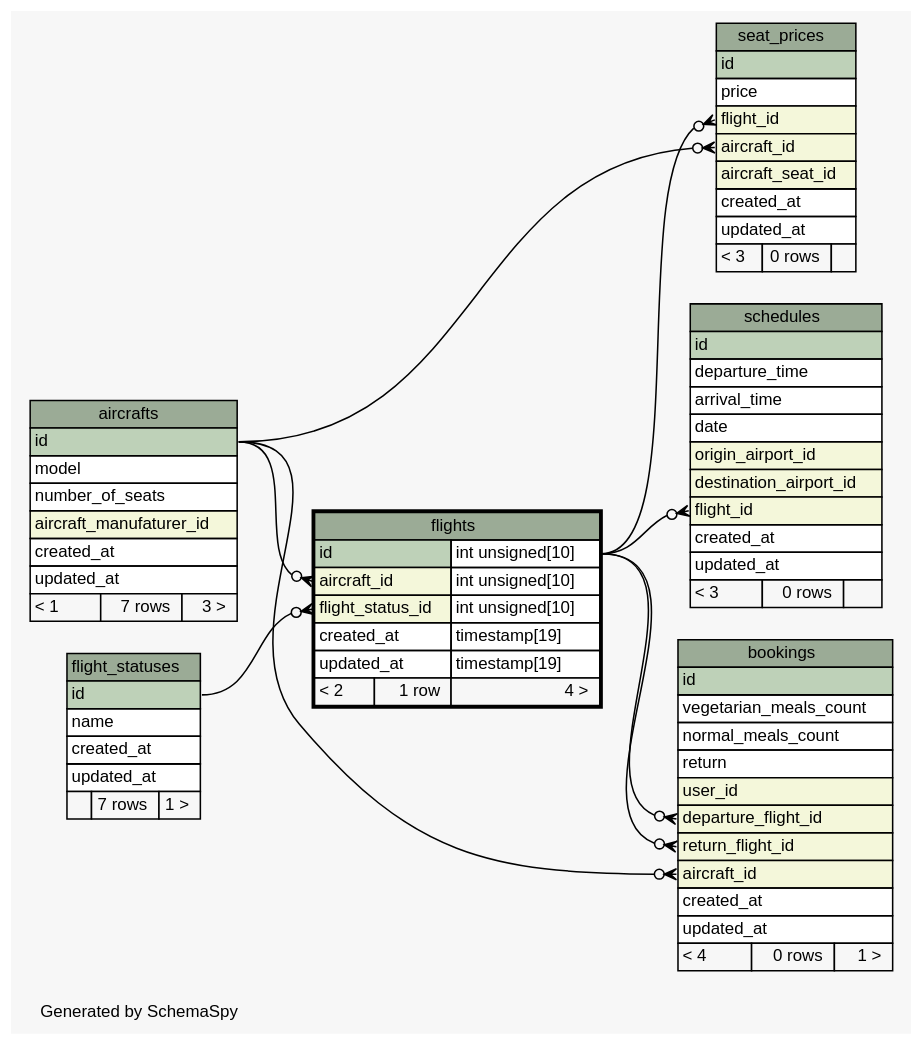
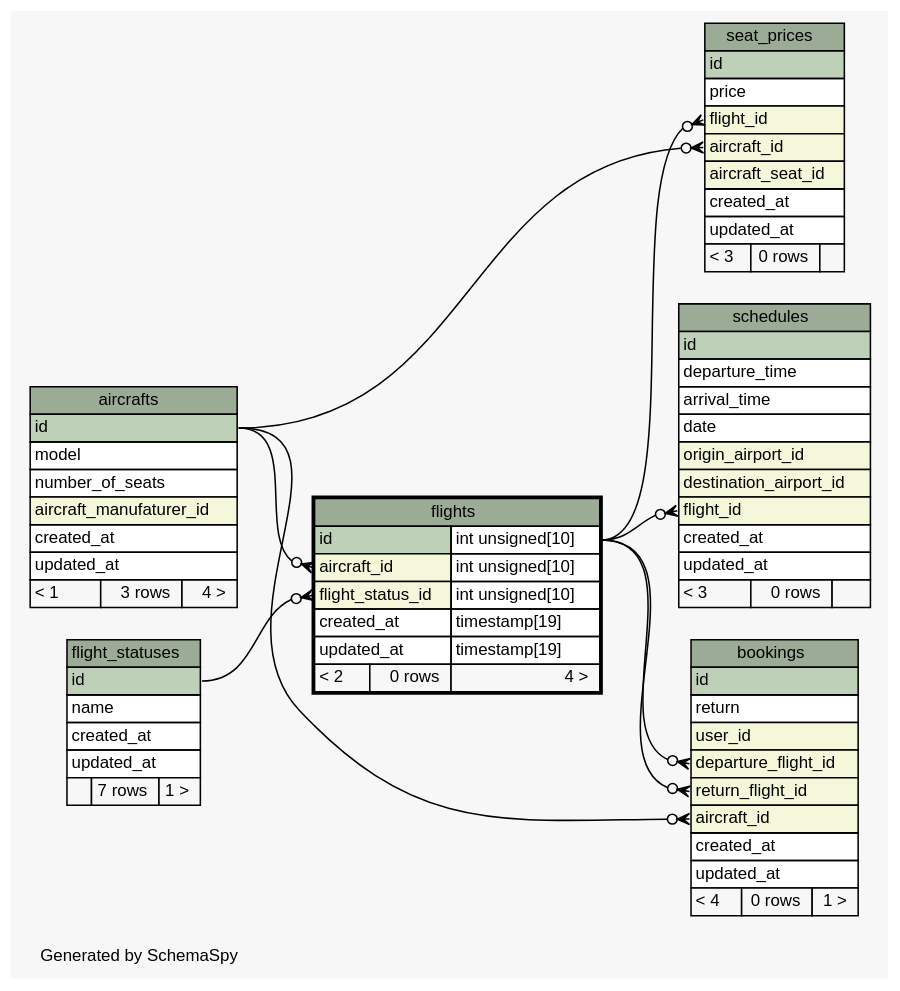
Before and after one commit to joaonzangoII/flightbookingsystem: the diagram in web/app/database/schema/diagrams/flights.1degree.dot, drawn with Graphviz. The commit also changed 149 other files, not shown here.

```diff
--- a/web/app/database/schema/diagrams/flights.1degree.dot
+++ b/web/app/database/schema/diagrams/flights.1degree.dot
@@ -1,125 +1,123 @@
 // dot 2.38.0 on Linux 4.8.0-46-generic
 // SchemaSpy rev 590
 digraph "oneDegreeRelationshipsDiagram" {
   graph [
     rankdir="RL"
     bgcolor="#f7f7f7"
     label="\nGenerated by SchemaSpy"
     labeljust="l"
     nodesep="0.18"
     ranksep="0.46"
     fontname="Helvetica"
     fontsize="11"
   ];
   node [
     fontname="Helvetica"
     fontsize="11"
     shape="plaintext"
   ];
   edge [
     arrowsize="0.8"
   ];
   "bookings":"aircraft_id":w -> "aircrafts":"id":e [arrowhead=none dir=back arrowtail=crowodot];
   "bookings":"departure_flight_id":w -> "flights":"id.type":e [arrowhead=none dir=back arrowtail=crowodot];
   "bookings":"return_flight_id":w -> "flights":"id.type":e [arrowhead=none dir=back arrowtail=crowodot];
   "flights":"aircraft_id":w -> "aircrafts":"id":e [arrowhead=none dir=back arrowtail=crowodot];
   "flights":"flight_status_id":w -> "flight_statuses":"id":e [arrowhead=none dir=back arrowtail=crowodot];
   "schedules":"flight_id":w -> "flights":"id.type":e [arrowhead=none dir=back arrowtail=crowodot];
   "seat_prices":"aircraft_id":w -> "aircrafts":"id":e [arrowhead=none dir=back arrowtail=crowodot];
   "seat_prices":"flight_id":w -> "flights":"id.type":e [arrowhead=none dir=back arrowtail=crowodot];
   "aircrafts" [
     label=<
     <TABLE BORDER="0" CELLBORDER="1" CELLSPACING="0" BGCOLOR="#ffffff">
       <TR><TD COLSPAN="3" BGCOLOR="#9bab96" ALIGN="CENTER">aircrafts</TD></TR>
       <TR><TD PORT="id" COLSPAN="3" BGCOLOR="#bed1b8" ALIGN="LEFT">id</TD></TR>
       <TR><TD PORT="model" COLSPAN="3" ALIGN="LEFT">model</TD></TR>
       <TR><TD PORT="number_of_seats" COLSPAN="3" ALIGN="LEFT">number_of_seats</TD></TR>
       <TR><TD PORT="aircraft_manufaturer_id" COLSPAN="3" BGCOLOR="#f4f7da" ALIGN="LEFT">aircraft_manufaturer_id</TD></TR>
       <TR><TD PORT="created_at" COLSPAN="3" ALIGN="LEFT">created_at</TD></TR>
       <TR><TD PORT="updated_at" COLSPAN="3" ALIGN="LEFT">updated_at</TD></TR>
-      <TR><TD ALIGN="LEFT" BGCOLOR="#f7f7f7">&lt; 1</TD><TD ALIGN="RIGHT" BGCOLOR="#f7f7f7">7 rows</TD><TD ALIGN="RIGHT" BGCOLOR="#f7f7f7">3 &gt;</TD></TR>
+      <TR><TD ALIGN="LEFT" BGCOLOR="#f7f7f7">&lt; 1</TD><TD ALIGN="RIGHT" BGCOLOR="#f7f7f7">3 rows</TD><TD ALIGN="RIGHT" BGCOLOR="#f7f7f7">4 &gt;</TD></TR>
     </TABLE>>
     URL="aircrafts.html"
     tooltip="aircrafts"
   ];
   "bookings" [
     label=<
     <TABLE BORDER="0" CELLBORDER="1" CELLSPACING="0" BGCOLOR="#ffffff">
       <TR><TD COLSPAN="3" BGCOLOR="#9bab96" ALIGN="CENTER">bookings</TD></TR>
       <TR><TD PORT="id" COLSPAN="3" BGCOLOR="#bed1b8" ALIGN="LEFT">id</TD></TR>
-      <TR><TD PORT="vegetarian_meals_count" COLSPAN="3" ALIGN="LEFT">vegetarian_meals_count</TD></TR>
-      <TR><TD PORT="normal_meals_count" COLSPAN="3" ALIGN="LEFT">normal_meals_count</TD></TR>
       <TR><TD PORT="return" COLSPAN="3" ALIGN="LEFT">return</TD></TR>
       <TR><TD PORT="user_id" COLSPAN="3" BGCOLOR="#f4f7da" ALIGN="LEFT">user_id</TD></TR>
       <TR><TD PORT="departure_flight_id" COLSPAN="3" BGCOLOR="#f4f7da" ALIGN="LEFT">departure_flight_id</TD></TR>
       <TR><TD PORT="return_flight_id" COLSPAN="3" BGCOLOR="#f4f7da" ALIGN="LEFT">return_flight_id</TD></TR>
       <TR><TD PORT="aircraft_id" COLSPAN="3" BGCOLOR="#f4f7da" ALIGN="LEFT">aircraft_id</TD></TR>
       <TR><TD PORT="created_at" COLSPAN="3" ALIGN="LEFT">created_at</TD></TR>
       <TR><TD PORT="updated_at" COLSPAN="3" ALIGN="LEFT">updated_at</TD></TR>
       <TR><TD ALIGN="LEFT" BGCOLOR="#f7f7f7">&lt; 4</TD><TD ALIGN="RIGHT" BGCOLOR="#f7f7f7">0 rows</TD><TD ALIGN="RIGHT" BGCOLOR="#f7f7f7">1 &gt;</TD></TR>
     </TABLE>>
     URL="bookings.html"
     tooltip="bookings"
   ];
   "flight_statuses" [
     label=<
     <TABLE BORDER="0" CELLBORDER="1" CELLSPACING="0" BGCOLOR="#ffffff">
       <TR><TD COLSPAN="3" BGCOLOR="#9bab96" ALIGN="CENTER">flight_statuses</TD></TR>
       <TR><TD PORT="id" COLSPAN="3" BGCOLOR="#bed1b8" ALIGN="LEFT">id</TD></TR>
       <TR><TD PORT="name" COLSPAN="3" ALIGN="LEFT">name</TD></TR>
       <TR><TD PORT="created_at" COLSPAN="3" ALIGN="LEFT">created_at</TD></TR>
       <TR><TD PORT="updated_at" COLSPAN="3" ALIGN="LEFT">updated_at</TD></TR>
       <TR><TD ALIGN="LEFT" BGCOLOR="#f7f7f7">  </TD><TD ALIGN="RIGHT" BGCOLOR="#f7f7f7">7 rows</TD><TD ALIGN="RIGHT" BGCOLOR="#f7f7f7">1 &gt;</TD></TR>
     </TABLE>>
     URL="flight_statuses.html"
     tooltip="flight_statuses"
   ];
   "flights" [
     label=<
     <TABLE BORDER="2" CELLBORDER="1" CELLSPACING="0" BGCOLOR="#ffffff">
       <TR><TD COLSPAN="3" BGCOLOR="#9bab96" ALIGN="CENTER">flights</TD></TR>
       <TR><TD PORT="id" COLSPAN="2" BGCOLOR="#bed1b8" ALIGN="LEFT">id</TD><TD PORT="id.type" ALIGN="LEFT">int unsigned[10]</TD></TR>
       <TR><TD PORT="aircraft_id" COLSPAN="2" BGCOLOR="#f4f7da" ALIGN="LEFT">aircraft_id</TD><TD PORT="aircraft_id.type" ALIGN="LEFT">int unsigned[10]</TD></TR>
       <TR><TD PORT="flight_status_id" COLSPAN="2" BGCOLOR="#f4f7da" ALIGN="LEFT">flight_status_id</TD><TD PORT="flight_status_id.type" ALIGN="LEFT">int unsigned[10]</TD></TR>
       <TR><TD PORT="created_at" COLSPAN="2" ALIGN="LEFT">created_at</TD><TD PORT="created_at.type" ALIGN="LEFT">timestamp[19]</TD></TR>
       <TR><TD PORT="updated_at" COLSPAN="2" ALIGN="LEFT">updated_at</TD><TD PORT="updated_at.type" ALIGN="LEFT">timestamp[19]</TD></TR>
-      <TR><TD ALIGN="LEFT" BGCOLOR="#f7f7f7">&lt; 2</TD><TD ALIGN="RIGHT" BGCOLOR="#f7f7f7">1 row</TD><TD ALIGN="RIGHT" BGCOLOR="#f7f7f7">4 &gt;</TD></TR>
+      <TR><TD ALIGN="LEFT" BGCOLOR="#f7f7f7">&lt; 2</TD><TD ALIGN="RIGHT" BGCOLOR="#f7f7f7">0 rows</TD><TD ALIGN="RIGHT" BGCOLOR="#f7f7f7">4 &gt;</TD></TR>
     </TABLE>>
     URL="flights.html"
     tooltip="flights"
   ];
   "schedules" [
     label=<
     <TABLE BORDER="0" CELLBORDER="1" CELLSPACING="0" BGCOLOR="#ffffff">
       <TR><TD COLSPAN="3" BGCOLOR="#9bab96" ALIGN="CENTER">schedules</TD></TR>
       <TR><TD PORT="id" COLSPAN="3" BGCOLOR="#bed1b8" ALIGN="LEFT">id</TD></TR>
       <TR><TD PORT="departure_time" COLSPAN="3" ALIGN="LEFT">departure_time</TD></TR>
       <TR><TD PORT="arrival_time" COLSPAN="3" ALIGN="LEFT">arrival_time</TD></TR>
       <TR><TD PORT="date" COLSPAN="3" ALIGN="LEFT">date</TD></TR>
       <TR><TD PORT="origin_airport_id" COLSPAN="3" BGCOLOR="#f4f7da" ALIGN="LEFT">origin_airport_id</TD></TR>
       <TR><TD PORT="destination_airport_id" COLSPAN="3" BGCOLOR="#f4f7da" ALIGN="LEFT">destination_airport_id</TD></TR>
       <TR><TD PORT="flight_id" COLSPAN="3" BGCOLOR="#f4f7da" ALIGN="LEFT">flight_id</TD></TR>
       <TR><TD PORT="created_at" COLSPAN="3" ALIGN="LEFT">created_at</TD></TR>
       <TR><TD PORT="updated_at" COLSPAN="3" ALIGN="LEFT">updated_at</TD></TR>
       <TR><TD ALIGN="LEFT" BGCOLOR="#f7f7f7">&lt; 3</TD><TD ALIGN="RIGHT" BGCOLOR="#f7f7f7">0 rows</TD><TD ALIGN="RIGHT" BGCOLOR="#f7f7f7">  </TD></TR>
     </TABLE>>
     URL="schedules.html"
     tooltip="schedules"
   ];
   "seat_prices" [
     label=<
     <TABLE BORDER="0" CELLBORDER="1" CELLSPACING="0" BGCOLOR="#ffffff">
       <TR><TD COLSPAN="3" BGCOLOR="#9bab96" ALIGN="CENTER">seat_prices</TD></TR>
       <TR><TD PORT="id" COLSPAN="3" BGCOLOR="#bed1b8" ALIGN="LEFT">id</TD></TR>
       <TR><TD PORT="price" COLSPAN="3" ALIGN="LEFT">price</TD></TR>
       <TR><TD PORT="flight_id" COLSPAN="3" BGCOLOR="#f4f7da" ALIGN="LEFT">flight_id</TD></TR>
       <TR><TD PORT="aircraft_id" COLSPAN="3" BGCOLOR="#f4f7da" ALIGN="LEFT">aircraft_id</TD></TR>
       <TR><TD PORT="aircraft_seat_id" COLSPAN="3" BGCOLOR="#f4f7da" ALIGN="LEFT">aircraft_seat_id</TD></TR>
       <TR><TD PORT="created_at" COLSPAN="3" ALIGN="LEFT">created_at</TD></TR>
       <TR><TD PORT="updated_at" COLSPAN="3" ALIGN="LEFT">updated_at</TD></TR>
       <TR><TD ALIGN="LEFT" BGCOLOR="#f7f7f7">&lt; 3</TD><TD ALIGN="RIGHT" BGCOLOR="#f7f7f7">0 rows</TD><TD ALIGN="RIGHT" BGCOLOR="#f7f7f7">  </TD></TR>
     </TABLE>>
     URL="seat_prices.html"
     tooltip="seat_prices"
   ];
 }
```
